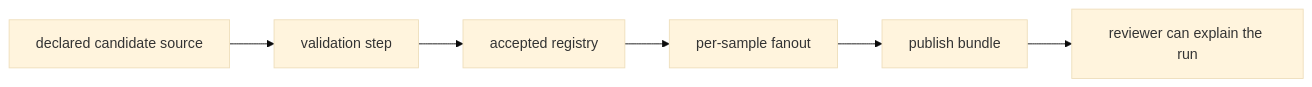
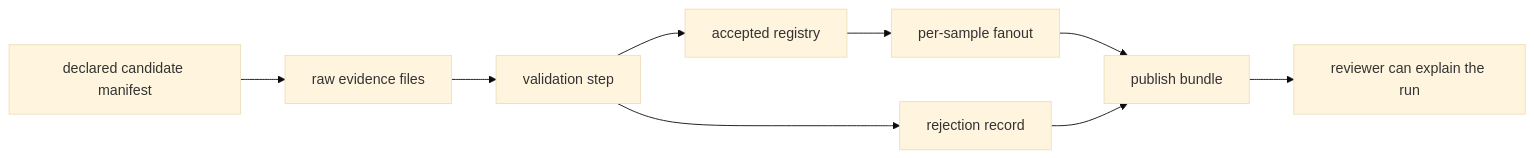
Before and after one commit to bijux/bijux-masterclass: the diagram in programs/reproducible-research/deep-dive-snakemake/course-book/module-02-dynamic-dags-discovery-integrity/worked-example-making-checkpoint-discovery-reviewable.md, drawn with Mermaid (base theme). The commit also changed other lines of this file, not shown here.

````diff
--- a/programs/reproducible-research/deep-dive-snakemake/course-book/module-02-dynamic-dags-discovery-integrity/worked-example-making-checkpoint-discovery-reviewable.md
+++ b/programs/reproducible-research/deep-dive-snakemake/course-book/module-02-dynamic-dags-discovery-integrity/worked-example-making-checkpoint-discovery-reviewable.md
@@ -360,8 +455,11 @@
 ```mermaid
 flowchart LR
-  raw["declared candidate source"] --> validate["validation step"]
-  validate --> registry["accepted registry"]
-  registry --> fanout["per-sample fanout"]
+  manifest["declared candidate manifest"] --> raw["raw evidence files"]
+  raw --> validate["validation step"]
+  validate --> accepted["accepted registry"]
+  validate --> rejected["rejection record"]
+  accepted --> fanout["per-sample fanout"]
   fanout --> publish["publish bundle"]
+  rejected --> publish
   publish --> review["reviewer can explain the run"]
 ```
````
